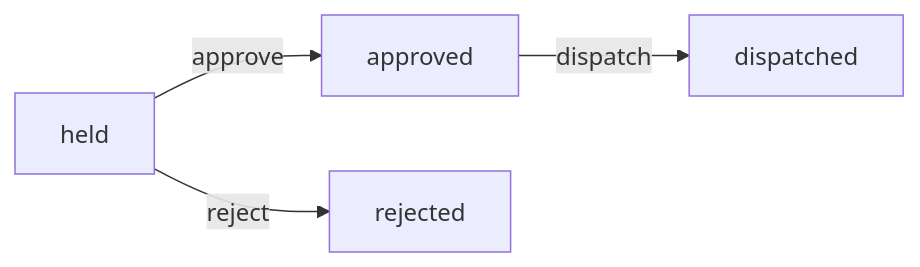
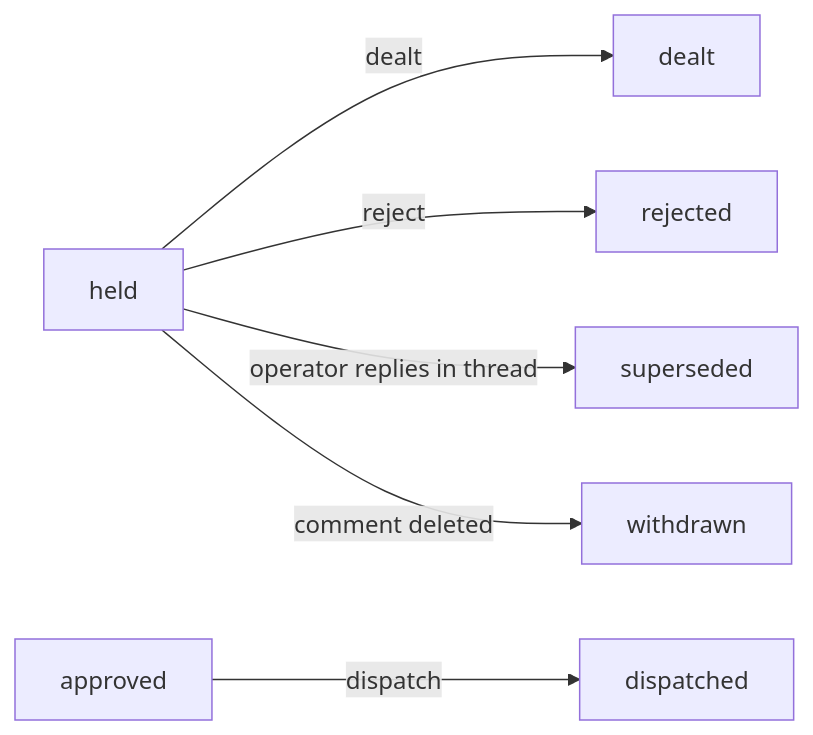
One commit to kenmclennan/lightcycle changed the second of 2 diagrams in docs/state-lifecycle.md. Above: the diagram before and after it, drawn with Mermaid. The commit also changed other lines of this file and 47 other files, not shown here.

````diff
--- a/docs/state-lifecycle.md
+++ b/docs/state-lifecycle.md
@@ -82,6 +82,8 @@
 ```mermaid
 graph LR
-  held -->|approve| approved
+  held -->|dealt| dealt
   held -->|reject| rejected
+  held -->|operator replies in thread| superseded
+  held -->|comment deleted| withdrawn
   approved -->|dispatch| dispatched
 ```
````
